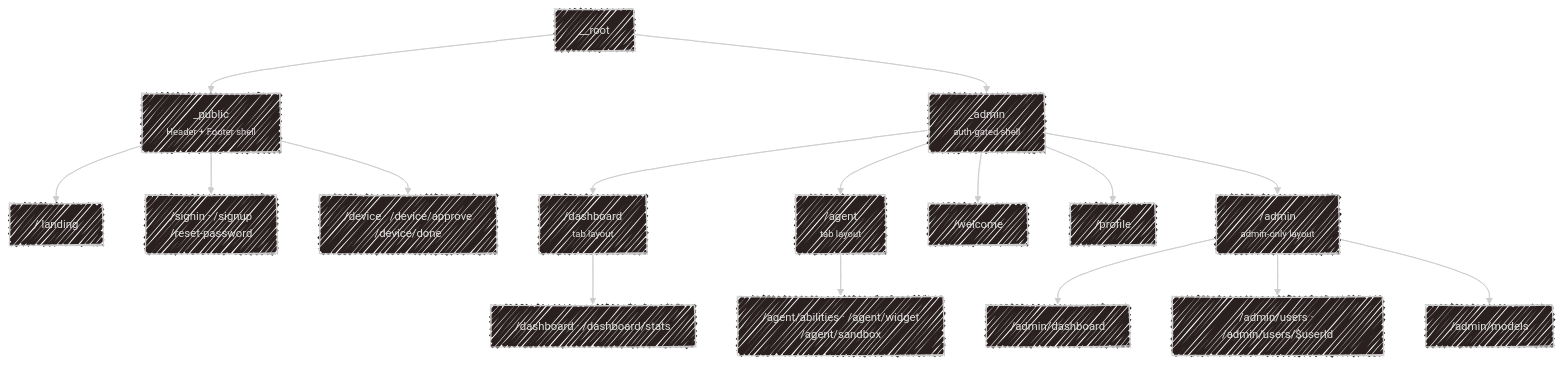
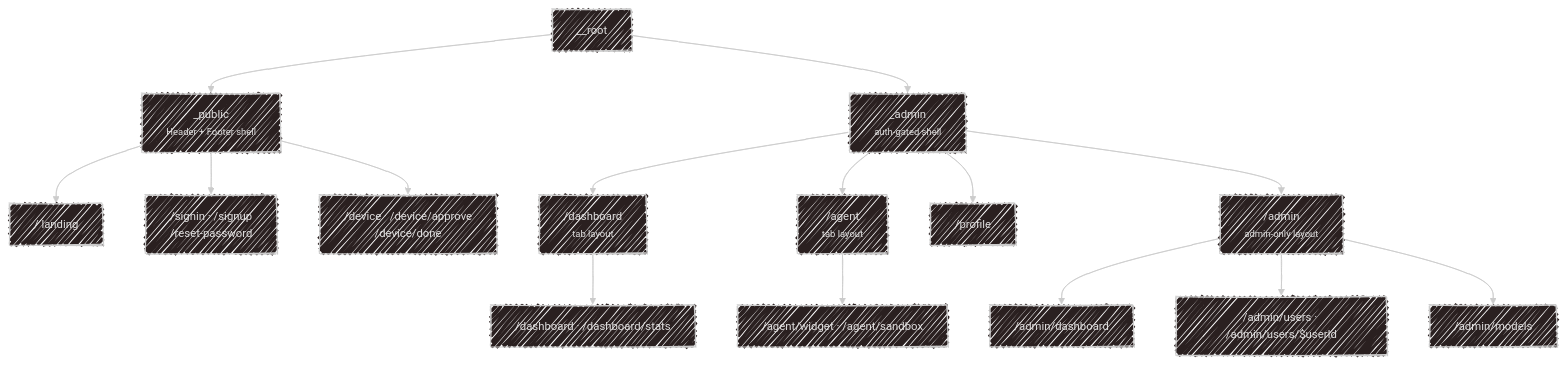
Before and after one commit to SubZtep/kaja: the diagram in docs/development/web.md, drawn with Mermaid. The commit also changed other lines of this file and 334 other files, not shown here.

````diff
--- a/docs/development/web.md
+++ b/docs/development/web.md
@@ -13,25 +14,24 @@
 ```mermaid
 ---
 config:
   look: handDrawn
   theme: neo-dark
 ---
 flowchart TD
     R["__root"] --> P["_public<br><small>Header + Footer shell</small>"]
     R --> A["_admin<br><small>auth-gated shell</small>"]
 
     P --> L["/ landing"]
     P --> S["/signin · /signup<br>/reset-password"]
     P --> D["/device · /device/approve<br>/device/done"]
 
     A --> DA["/dashboard<br><small>tab layout</small>"]
     DA --> DA2["/dashboard · /dashboard/stats"]
     A --> AG["/agent<br><small>tab layout</small>"]
-    AG --> AG2["/agent/abilities · /agent/widget<br>/agent/sandbox"]
-    A --> WE["/welcome"]
+    AG --> AG2["/agent/widget · /agent/sandbox"]
     A --> PR["/profile"]
     A --> AD["/admin<br><small>admin-only layout</small>"]
     AD --> AD2["/admin/dashboard"]
     AD --> U["/admin/users · /admin/users/$userId"]
     AD --> M["/admin/models"]
 ```
````
